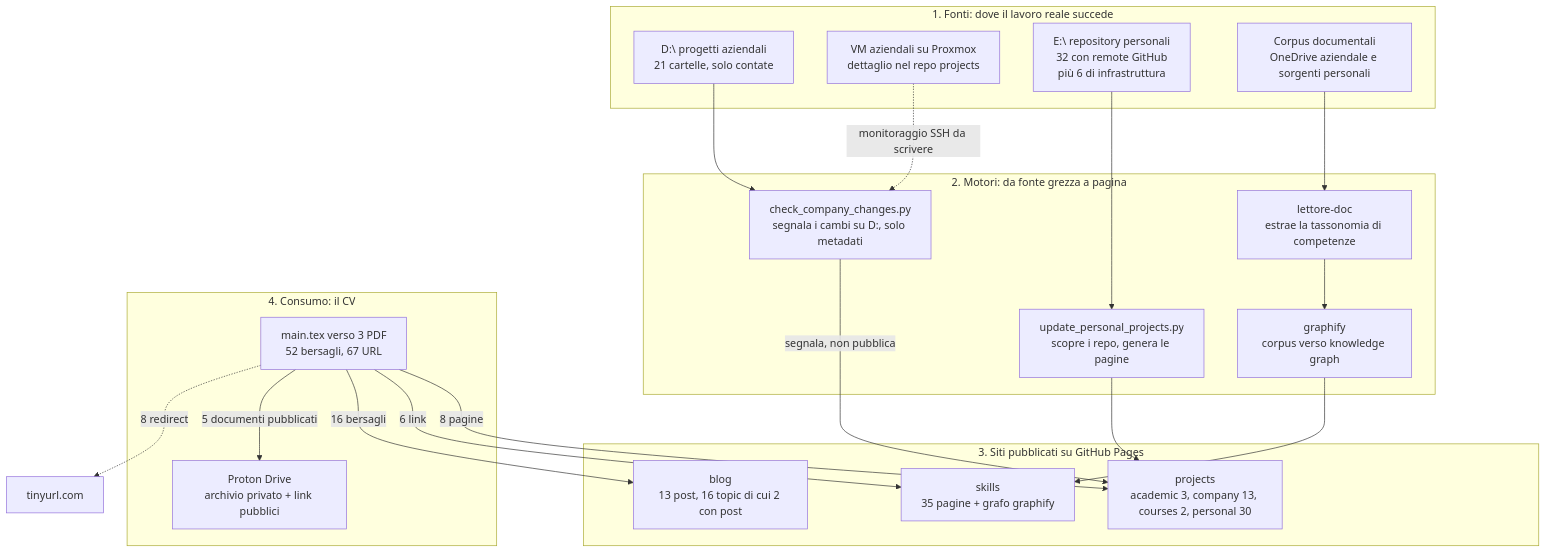
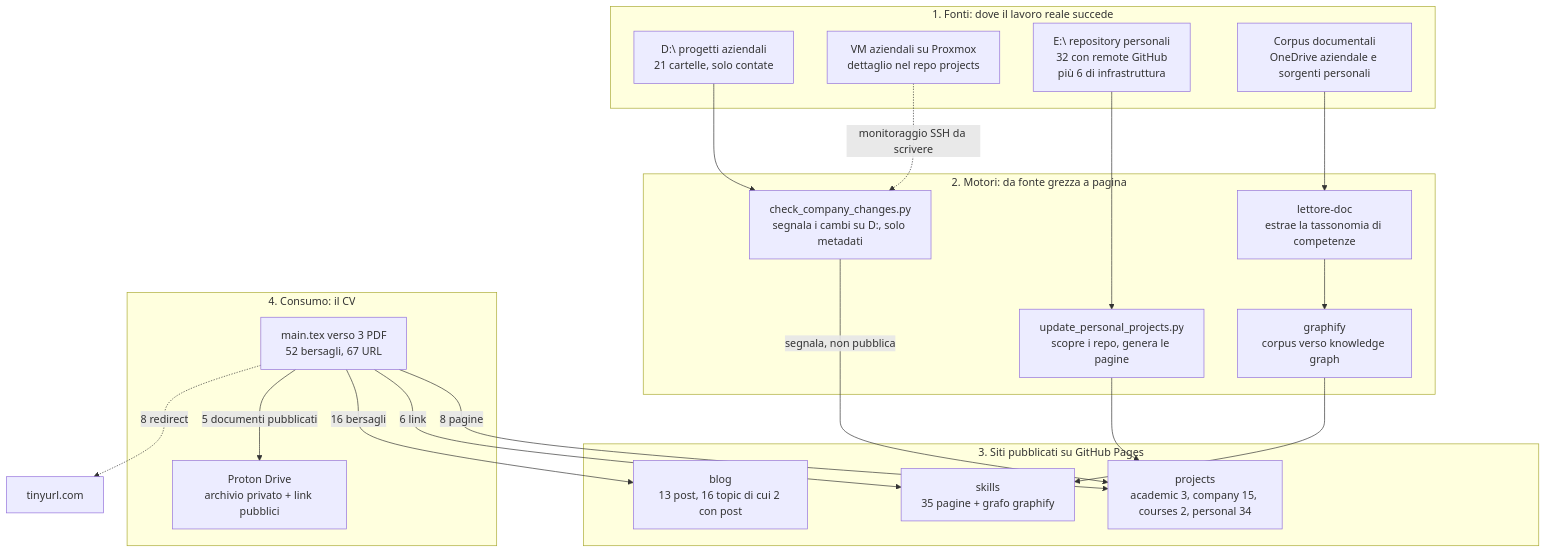
Before and after one commit to alesop95/my-cv: the diagram in .claude/context/architecture.md, drawn with Mermaid. The commit also changed 9 other files, not shown here.

````diff
--- a/.claude/context/architecture.md
+++ b/.claude/context/architecture.md
@@ -32,42 +32,42 @@
 ```mermaid
 flowchart TB
     subgraph FONTI["1. Fonti: dove il lavoro reale succede"]
     D_ROOT["D:\ progetti aziendali<br/>21 cartelle, solo contate"]
     VM["VM aziendali su Proxmox<br/>dettaglio nel repo projects"]
     E_ROOT["E:\ repository personali<br/>32 con remote GitHub<br/>più 6 di infrastruttura"]
     DOCS["Corpus documentali<br/>OneDrive aziendale e sorgenti personali"]
     end
 
     subgraph MOTORI["2. Motori: da fonte grezza a pagina"]
     UPD["update_personal_projects.py<br/>scopre i repo, genera le pagine"]
     CHK["check_company_changes.py<br/>segnala i cambi su D:, solo metadati"]
     LETT["lettore-doc<br/>estrae la tassonomia di competenze"]
     GRAPHIFY["graphify<br/>corpus verso knowledge graph"]
     end
 
     subgraph SITI["3. Siti pubblicati su GitHub Pages"]
-    S_PROJ["projects<br/>academic 3, company 13, courses 2, personal 30"]
+    S_PROJ["projects<br/>academic 3, company 15, courses 2, personal 34"]
     S_BLOG["blog<br/>13 post, 16 topic di cui 2 con post"]
     S_SKILLS["skills<br/>35 pagine + grafo graphify"]
     end
 
     subgraph CONSUMO["4. Consumo: il CV"]
     CV["main.tex verso 3 PDF<br/>52 bersagli, 67 URL"]
     PROTON["Proton Drive<br/>archivio privato + link pubblici"]
     end
 
     E_ROOT --> UPD
     D_ROOT --> CHK
     VM -.->|"monitoraggio SSH da scrivere"| CHK
     DOCS --> LETT
     LETT --> GRAPHIFY
     UPD --> S_PROJ
     CHK -->|"segnala, non pubblica"| S_PROJ
     GRAPHIFY --> S_SKILLS
 
     CV -->|"8 pagine"| S_PROJ
     CV -->|"6 link"| S_SKILLS
     CV -->|"16 bersagli"| S_BLOG
     CV -->|"5 documenti pubblicati"| PROTON
     CV -.->|"8 redirect"| TINY["tinyurl.com"]
 ```
````
